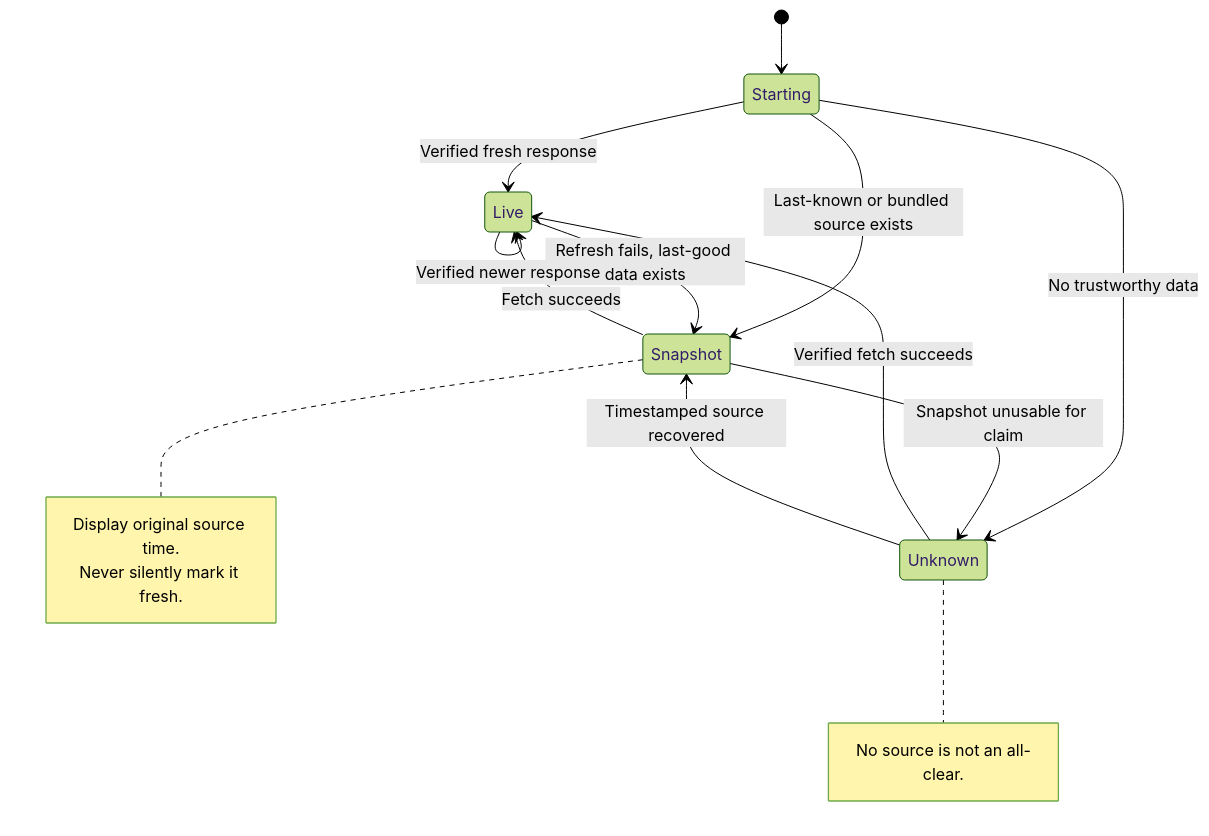
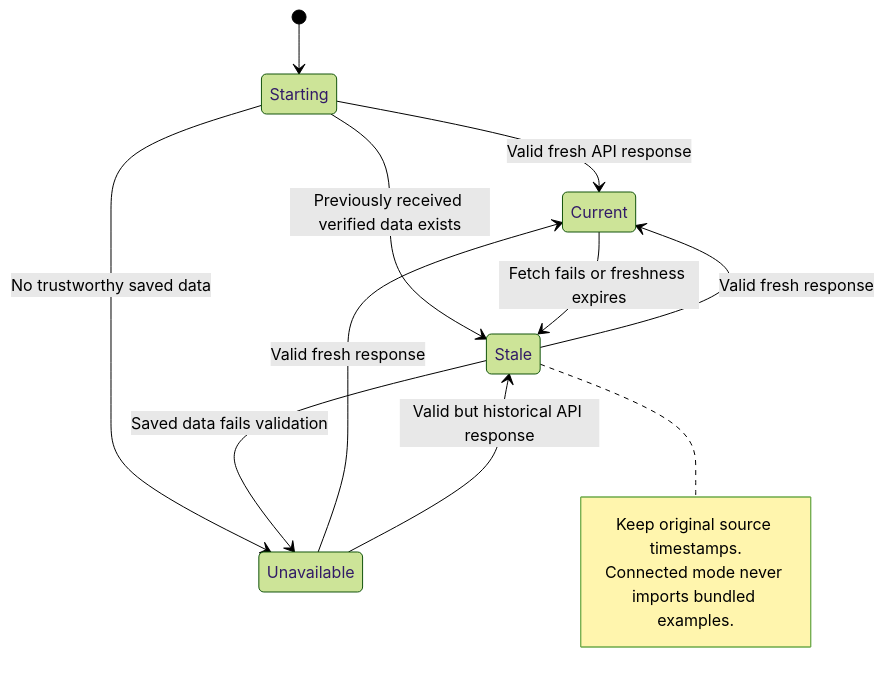
One commit to AngelP17/PanaPulse changed the seventh of 9 diagrams in docs/architecture/PANAPULSE_TECHNICAL_ARCHITECTURE.md. Above: the diagram before and after it, drawn with Mermaid (forest theme). The commit also changed other lines of this file and 13 other files, not shown here.

Commit message:
docs(beta): reconcile Mermaid architecture, API contracts and owner acceptance

````diff
--- a/docs/architecture/PANAPULSE_TECHNICAL_ARCHITECTURE.md
+++ b/docs/architecture/PANAPULSE_TECHNICAL_ARCHITECTURE.md
@@ -142,20 +193,16 @@
 ```mermaid
 stateDiagram-v2
     [*] --> Starting
-    Starting --> Live: Verified fresh response
-    Starting --> Snapshot: Last-known or bundled source exists
-    Starting --> Unknown: No trustworthy data
-    Live --> Snapshot: Refresh fails, last-good data exists
-    Live --> Live: Verified newer response
-    Snapshot --> Live: Fetch succeeds
-    Snapshot --> Unknown: Snapshot unusable for claim
-    Unknown --> Live: Verified fetch succeeds
-    Unknown --> Snapshot: Timestamped source recovered
-    note right of Snapshot
-      Display original source time.
-      Never silently mark it fresh.
-    end note
-    note right of Unknown
-      No source is not an all-clear.
+    Starting --> Current: Valid fresh API response
+    Starting --> Stale: Previously received verified data exists
+    Starting --> Unavailable: No trustworthy saved data
+    Current --> Stale: Fetch fails or freshness expires
+    Stale --> Current: Valid fresh response
+    Unavailable --> Current: Valid fresh response
+    Unavailable --> Stale: Valid but historical API response
+    Stale --> Unavailable: Saved data fails validation
+    note right of Stale
+      Keep original source timestamps.
+      Connected mode never imports bundled examples.
     end note
 ```
````
